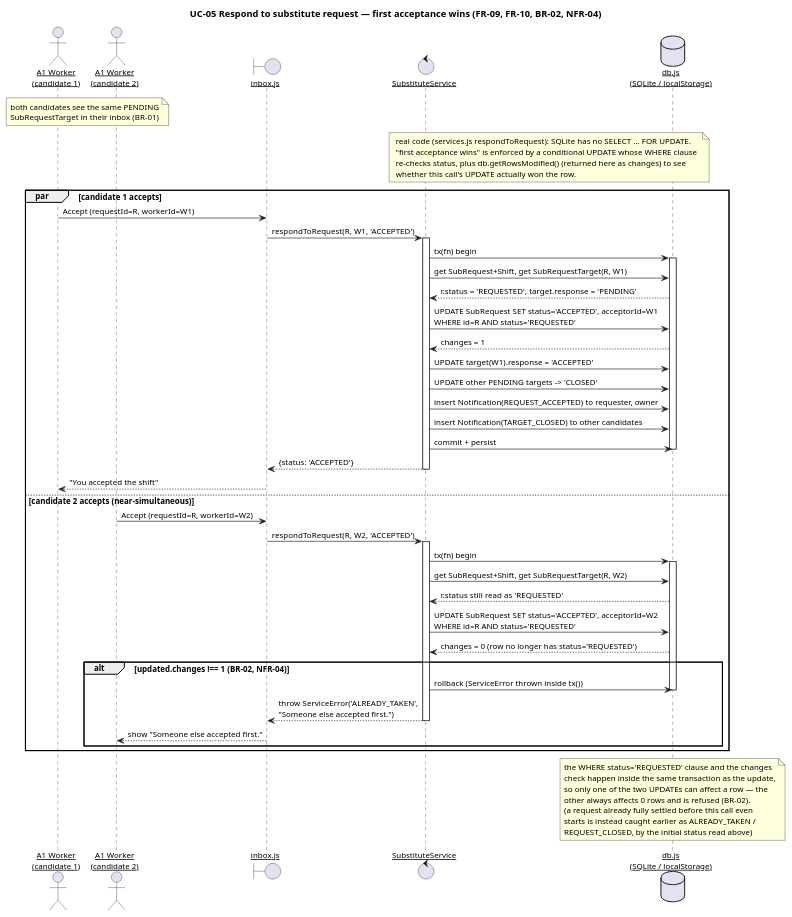
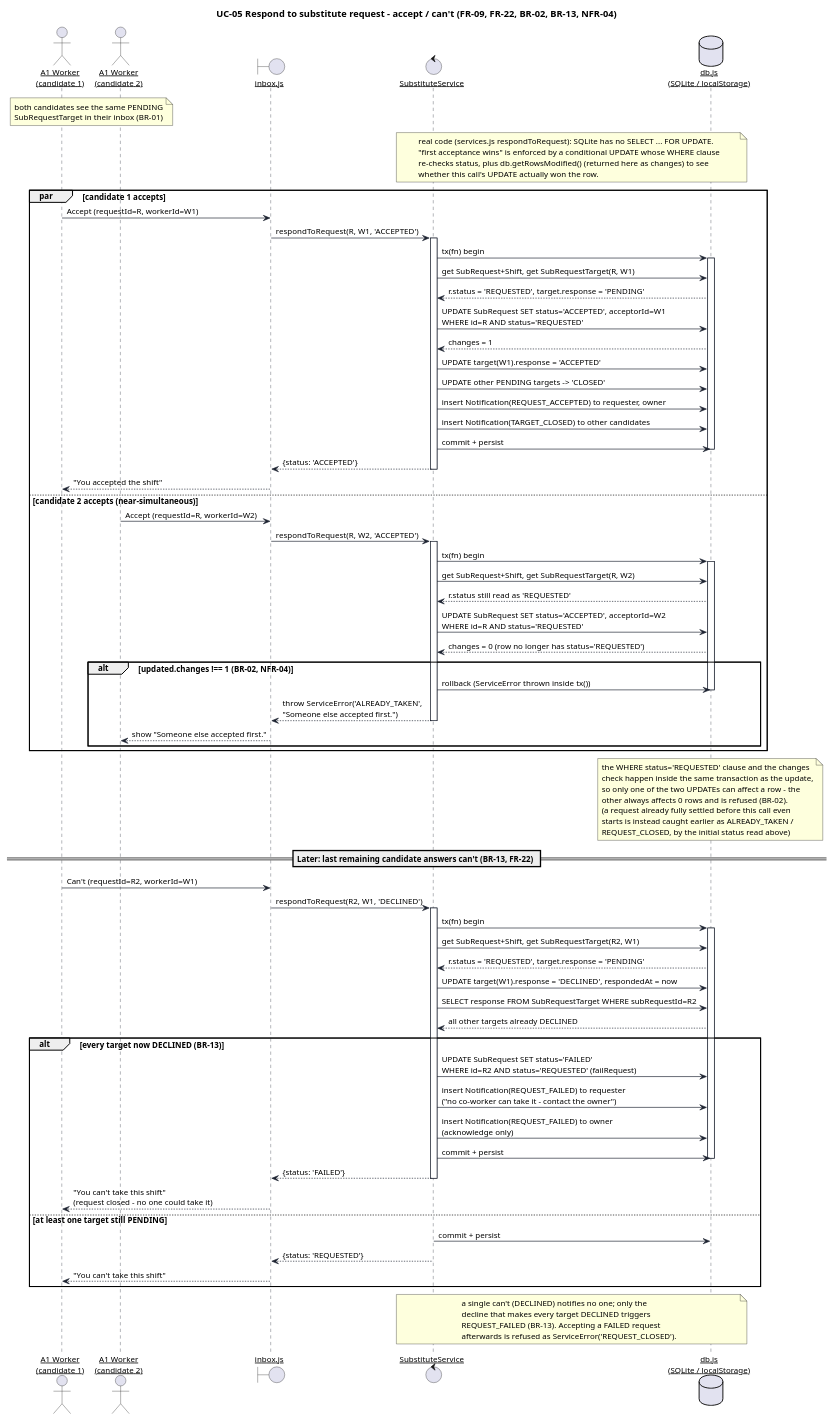
One commit to keemlogan/shiftswap changed the diagram in uml/src/seq-2-accept.puml. Above: the diagram before and after it, drawn with PlantUML. The commit also changed 113 other files, not shown here.

Commit message:
Iteration 6: availability removed, can't answer and FAILED ending; Korean display names; 84 tests, check 128/128; docs, UML and deck updated

```diff
--- a/uml/src/seq-2-accept.puml
+++ b/uml/src/seq-2-accept.puml
@@ -1,82 +1,119 @@
 @startuml seq-2-accept
 skinparam defaultFontName "Helvetica"
 skinparam defaultFontSize 12
 skinparam shadowing false
 skinparam backgroundColor #FFFFFF
 skinparam sequenceArrowThickness 1
 skinparam sequenceParticipant underline
 skinparam participant {
   BackgroundColor #FFFFFF
   BorderColor #1C2230
 }
 skinparam sequence {
   LifeLineBorderColor #1C2230
   ArrowColor #1C2230
   BoxBorderColor #1C2230
 }
 
-title UC-05 Respond to substitute request — first acceptance wins (FR-09, FR-10, BR-02, NFR-04)
+title UC-05 Respond to substitute request - accept / can't (FR-09, FR-22, BR-02, BR-13, NFR-04)
 
 actor "A1 Worker\n(candidate 1)" as W1
 actor "A1 Worker\n(candidate 2)" as W2
 boundary "inbox.js" as UI
 control "SubstituteService" as Svc
 database "db.js\n(SQLite / localStorage)" as DB
 
 note over W1, W2 : both candidates see the same PENDING\nSubRequestTarget in their inbox (BR-01)
 
 note over Svc, DB
   real code (services.js respondToRequest): SQLite has no SELECT ... FOR UPDATE.
   "first acceptance wins" is enforced by a conditional UPDATE whose WHERE clause
   re-checks status, plus db.getRowsModified() (returned here as changes) to see
   whether this call's UPDATE actually won the row.
 end note
 
 par candidate 1 accepts
   W1 -> UI : Accept (requestId=R, workerId=W1)
   UI -> Svc : respondToRequest(R, W1, 'ACCEPTED')
   activate Svc
   Svc -> DB : tx(fn) begin
   activate DB
   Svc -> DB : get SubRequest+Shift, get SubRequestTarget(R, W1)
   DB --> Svc : r.status = 'REQUESTED', target.response = 'PENDING'
   Svc -> DB : UPDATE SubRequest SET status='ACCEPTED', acceptorId=W1\nWHERE id=R AND status='REQUESTED'
   DB --> Svc : changes = 1
   Svc -> DB : UPDATE target(W1).response = 'ACCEPTED'
   Svc -> DB : UPDATE other PENDING targets -> 'CLOSED'
   Svc -> DB : insert Notification(REQUEST_ACCEPTED) to requester, owner
   Svc -> DB : insert Notification(TARGET_CLOSED) to other candidates
   Svc -> DB : commit + persist
   deactivate DB
   Svc --> UI : {status: 'ACCEPTED'}
   deactivate Svc
   UI --> W1 : "You accepted the shift"
 else candidate 2 accepts (near-simultaneous)
   W2 -> UI : Accept (requestId=R, workerId=W2)
   UI -> Svc : respondToRequest(R, W2, 'ACCEPTED')
   activate Svc
   Svc -> DB : tx(fn) begin
   activate DB
   Svc -> DB : get SubRequest+Shift, get SubRequestTarget(R, W2)
   DB --> Svc : r.status still read as 'REQUESTED'
   Svc -> DB : UPDATE SubRequest SET status='ACCEPTED', acceptorId=W2\nWHERE id=R AND status='REQUESTED'
   DB --> Svc : changes = 0 (row no longer has status='REQUESTED')
   alt updated.changes !== 1 (BR-02, NFR-04)
     Svc -> DB : rollback (ServiceError thrown inside tx())
     deactivate DB
     Svc --> UI : throw ServiceError('ALREADY_TAKEN',\n"Someone else accepted first.")
     deactivate Svc
     UI --> W2 : show "Someone else accepted first."
   end
 end
 
 note over DB
   the WHERE status='REQUESTED' clause and the changes
   check happen inside the same transaction as the update,
-  so only one of the two UPDATEs can affect a row — the
+  so only one of the two UPDATEs can affect a row - the
   other always affects 0 rows and is refused (BR-02).
   (a request already fully settled before this call even
   starts is instead caught earlier as ALREADY_TAKEN /
   REQUEST_CLOSED, by the initial status read above)
 end note
+
+== Later: last remaining candidate answers can't (BR-13, FR-22) ==
+
+W1 -> UI : Can't (requestId=R2, workerId=W1)
+UI -> Svc : respondToRequest(R2, W1, 'DECLINED')
+activate Svc
+Svc -> DB : tx(fn) begin
+activate DB
+Svc -> DB : get SubRequest+Shift, get SubRequestTarget(R2, W1)
+DB --> Svc : r.status = 'REQUESTED', target.response = 'PENDING'
+Svc -> DB : UPDATE target(W1).response = 'DECLINED', respondedAt = now
+Svc -> DB : SELECT response FROM SubRequestTarget WHERE subRequestId=R2
+DB --> Svc : all other targets already DECLINED
+
+alt every target now DECLINED (BR-13)
+  Svc -> DB : UPDATE SubRequest SET status='FAILED'\nWHERE id=R2 AND status='REQUESTED' (failRequest)
+  Svc -> DB : insert Notification(REQUEST_FAILED) to requester\n("no co-worker can take it - contact the owner")
+  Svc -> DB : insert Notification(REQUEST_FAILED) to owner\n(acknowledge only)
+  Svc -> DB : commit + persist
+  deactivate DB
+  Svc --> UI : {status: 'FAILED'}
+  deactivate Svc
+  UI --> W1 : "You can't take this shift"\n(request closed - no one could take it)
+else at least one target still PENDING
+  Svc -> DB : commit + persist
+  deactivate DB
+  Svc --> UI : {status: 'REQUESTED'}
+  deactivate Svc
+  UI --> W1 : "You can't take this shift"
+end
+
+note over Svc, DB
+  a single can't (DECLINED) notifies no one; only the
+  decline that makes every target DECLINED triggers
+  REQUEST_FAILED (BR-13). Accepting a FAILED request
+  afterwards is refused as ServiceError('REQUEST_CLOSED').
+end note
 @enduml
```
